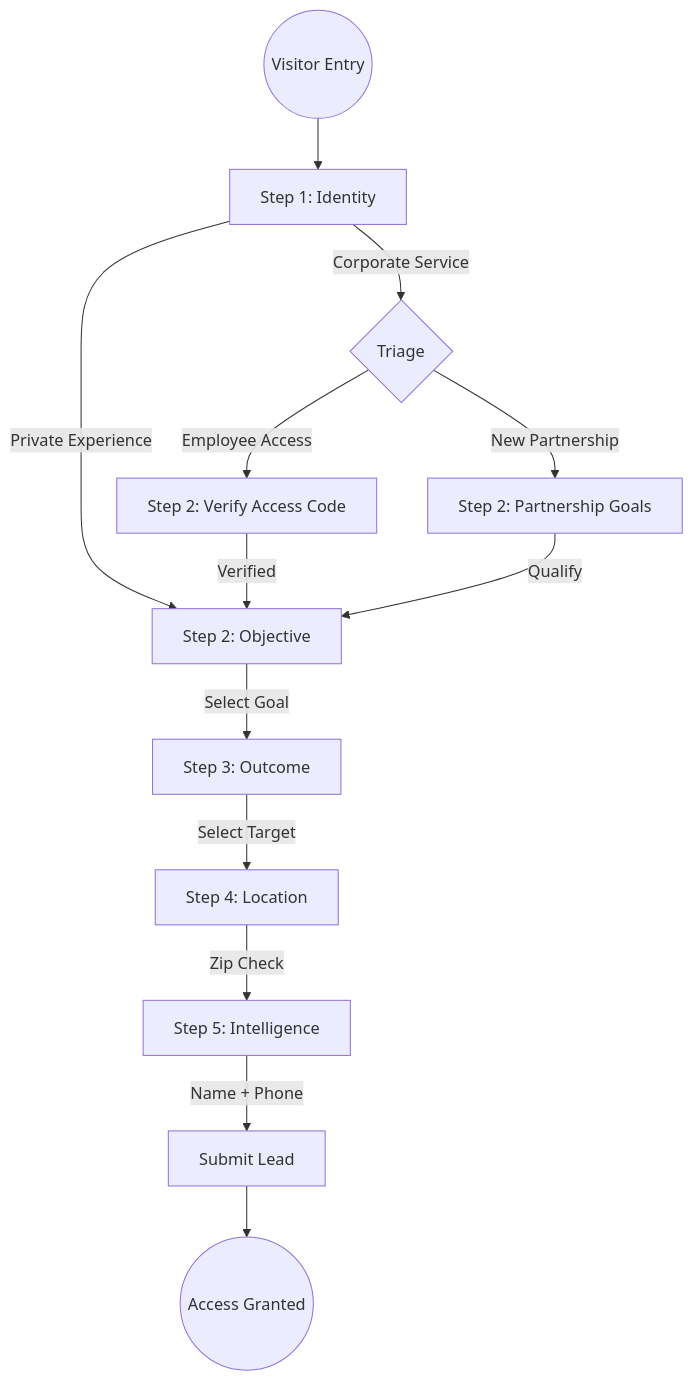
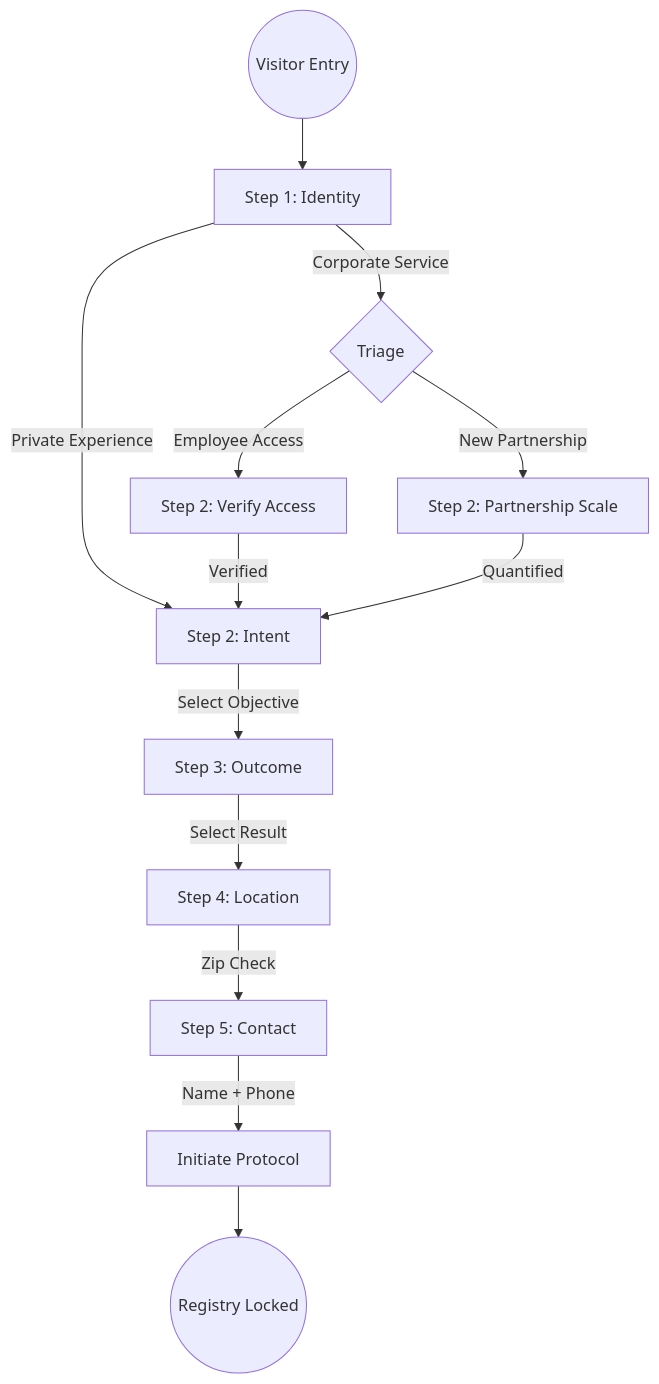
The diagram in docs/04_user_flow_architecture.md (RCorbz/AxisPremierCare), drawn with Mermaid before and after one commit. The commit also changed other lines of this file, not shown here.

Commit message:
Docs: Align User Flow Architecture with Digital Concierge build

````diff
--- a/docs/04_user_flow_architecture.md
+++ b/docs/04_user_flow_architecture.md
@@ -6,20 +6,20 @@
 ```mermaid
 graph TD
     Start((Visitor Entry)) --> Step1[Step 1: Identity]
     
-    Step1 -->|Private Experience| Step2Priv[Step 2: Objective]
+    Step1 -->|Private Experience| Step2Priv[Step 2: Intent]
     
     Step1 -->|Corporate Service| CorpBranch{Triage}
-    CorpBranch -->|New Partnership| Step2CorpNew[Step 2: Partnership Goals]
-    CorpBranch -->|Employee Access| Step2CorpEmp[Step 2: Verify Access Code]
+    CorpBranch -->|New Partnership| Step2CorpNew[Step 2: Partnership Scale]
+    CorpBranch -->|Employee Access| Step2CorpEmp[Step 2: Verify Access]
     
     Step2CorpEmp -->|Verified| Step2Priv
-    Step2CorpNew -->|Qualify| Step2Priv
+    Step2CorpNew -->|Quantified| Step2Priv
     
-    Step2Priv -->|Select Goal| Step3[Step 3: Outcome]
-    Step3 -->|Select Target| Step4[Step 4: Location]
-    Step4 -->|Zip Check| Step5[Step 5: Intelligence]
+    Step2Priv -->|Select Objective| Step3[Step 3: Outcome]
+    Step3 -->|Select Result| Step4[Step 4: Location]
+    Step4 -->|Zip Check| Step5[Step 5: Contact]
     
-    Step5 -->|Name + Phone| Submit[Submit Lead]
-    Submit --> Success((Access Granted))
+    Step5 -->|Name + Phone| Submit[Initiate Protocol]
+    Submit --> Success((Registry Locked))
 ```
````
